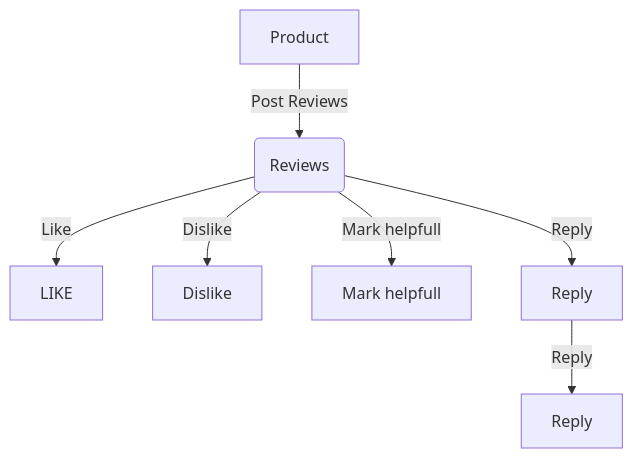
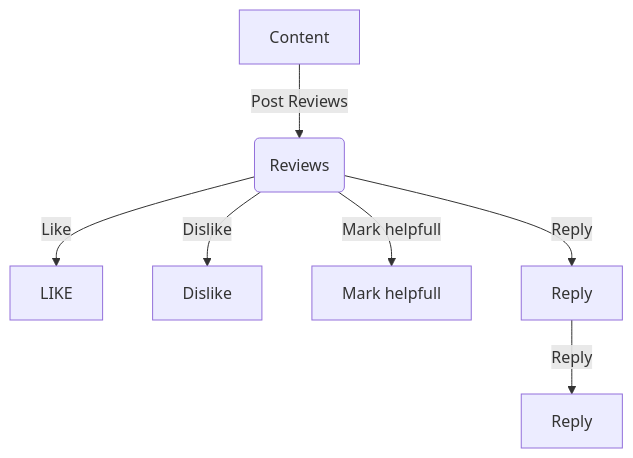
Before and after one commit to ravi-dhyani8881/Data-api: the diagram in UseCase.md, drawn with Mermaid. The commit also changed other lines of this file, not shown here.

````diff
--- a/UseCase.md
+++ b/UseCase.md
@@ -4,10 +4,10 @@
 ```mermaid
 flowchart TD
-    A[Product] -->|Post Reviews| B(Reviews)
+    A[Content] -->|Post Reviews| B(Reviews)
     
     B-->|Like| D[LIKE]
     B -->|Dislike| E[Dislike]
     B -->|Mark helpfull| F[Mark helpfull]
     B -->|Reply| G[Reply]
     G -->|Reply| H[Reply]
 ```
````
